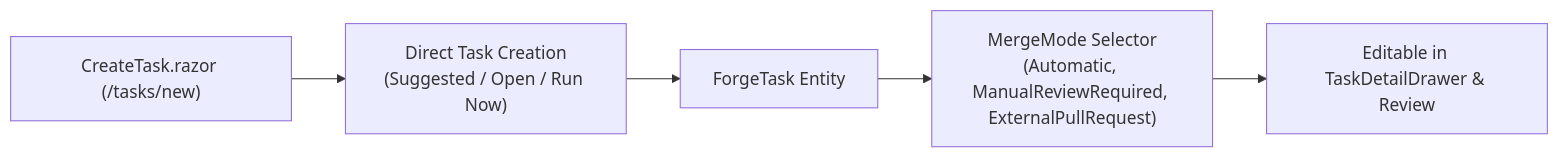
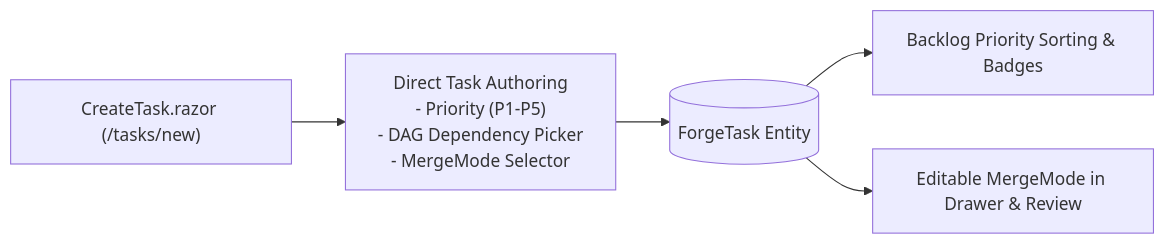
The first of 5 diagrams in docs/plan/11_EXTEND_FEATURES.md (jetelain/NightCodeForge), drawn with Mermaid before and after one commit. The commit also changed other lines of this file and 8 other files, not shown here.

````diff
--- a/docs/plan/11_EXTEND_FEATURES.md
+++ b/docs/plan/11_EXTEND_FEATURES.md
@@ -67,7 +75,7 @@
 ```mermaid
 flowchart LR
-    CreatePage["CreateTask.razor (/tasks/new)"] --> DirectSave["Direct Task Creation<br/>(Suggested / Open / Run Now)"]
-    DirectSave --> Task["ForgeTask Entity"]
-    Task --> Mode["MergeMode Selector<br/>(Automatic, ManualReviewRequired, ExternalPullRequest)"]
-    Mode --> DetailDrawer["Editable in TaskDetailDrawer & Review"]
+    CreatePage["CreateTask.razor (/tasks/new)"] --> FormSubmit["Direct Task Authoring<br/>- Priority (P1-P5)<br/>- DAG Dependency Picker<br/>- MergeMode Selector"]
+    FormSubmit --> DB[("ForgeTask Entity")]
+    DB --> PriorityView["Backlog Priority Sorting & Badges"]
+    DB --> ModeSelect["Editable MergeMode in Drawer & Review"]
 ```
````
